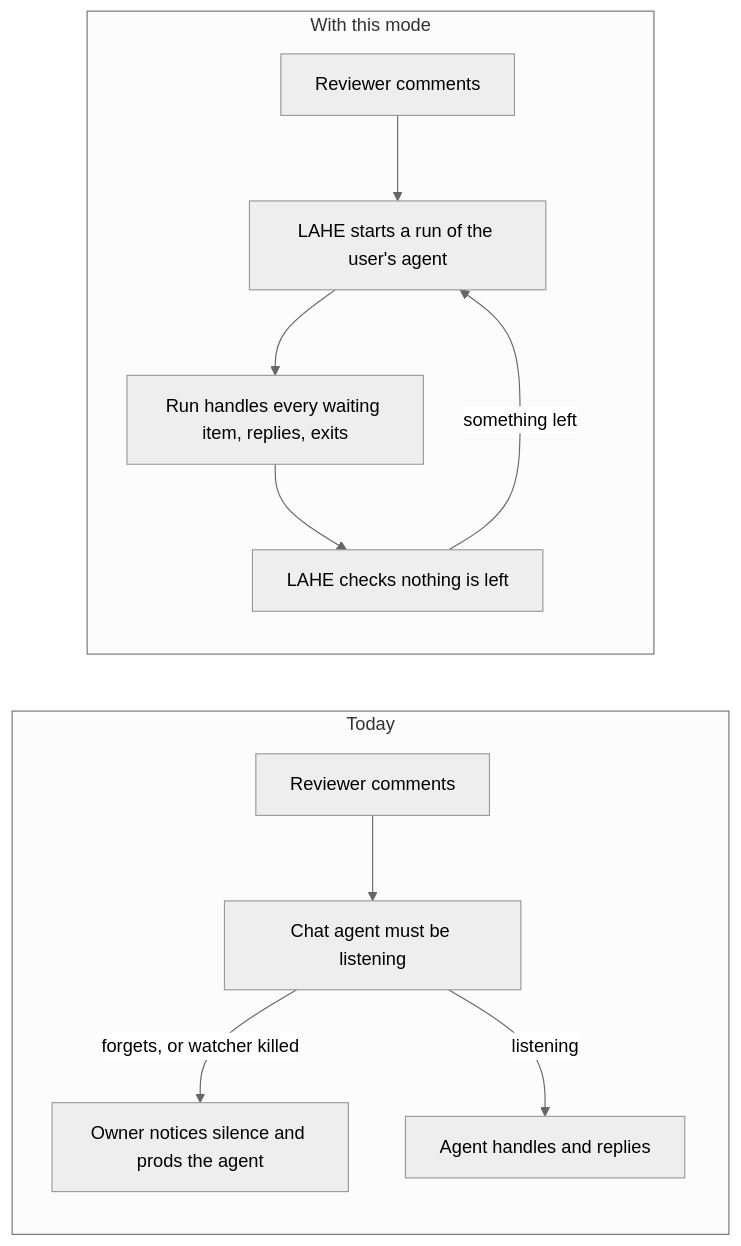
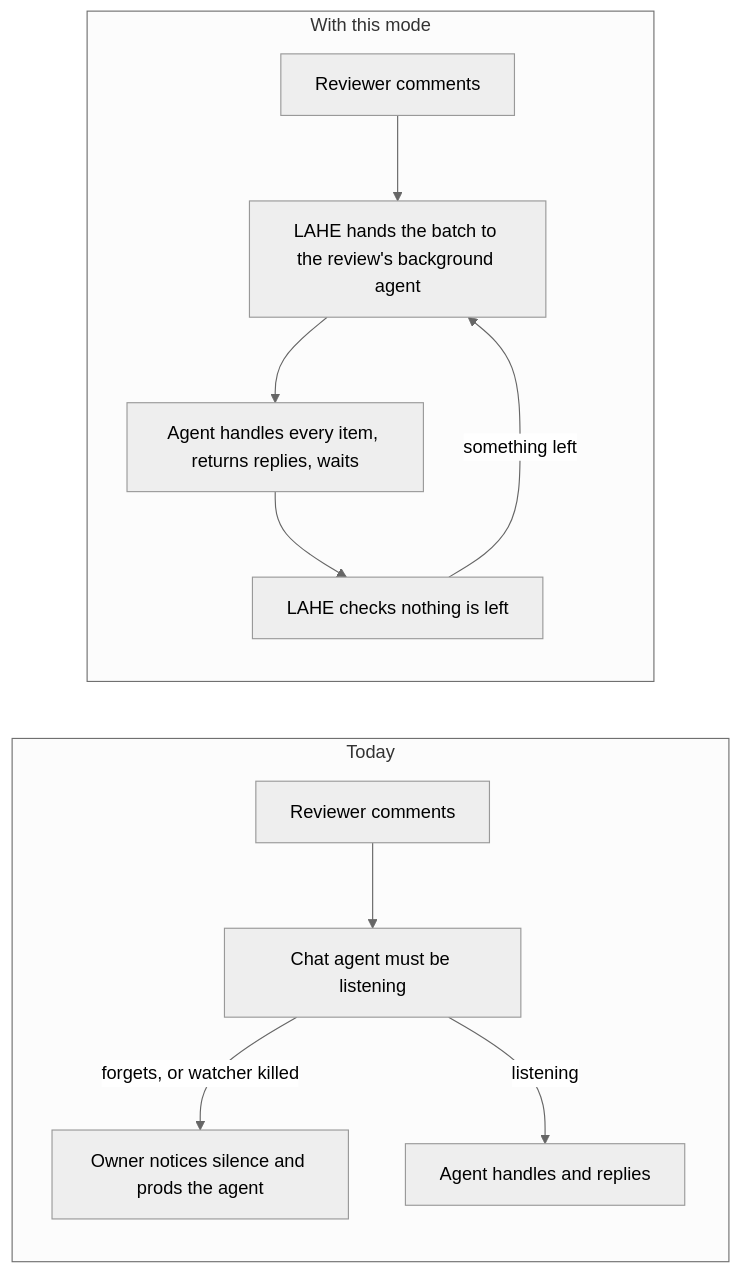
One commit to kenxle/live-agentic-html-editor changed the diagram in docs/features/20260929.01_lahe_agent_sdk/01_brief_lahe_agent_sdk.md. Above: the diagram before and after it, drawn with Mermaid (neutral theme). The commit also changed other lines of this file and 2 other files, not shown here.

````diff
--- a/docs/features/20260929.01_lahe_agent_sdk/01_brief_lahe_agent_sdk.md
+++ b/docs/features/20260929.01_lahe_agent_sdk/01_brief_lahe_agent_sdk.md
@@ -31,14 +39,14 @@
 ```mermaid
 flowchart LR
   subgraph Today
     A[Reviewer comments] --> B[Chat agent must be listening]
     B -->|forgets, or watcher killed| C[Owner notices silence and prods the agent]
     B -->|listening| D[Agent handles and replies]
   end
   subgraph "With this mode"
-    E[Reviewer comments] --> F[LAHE starts a run of the user's agent]
-    F --> G[Run handles every waiting item, replies, exits]
+    E[Reviewer comments] --> F[LAHE hands the batch to the review's background agent]
+    F --> G[Agent handles every item, returns replies, waits]
     G --> H[LAHE checks nothing is left]
     H -->|something left| F
   end
 ```
````
